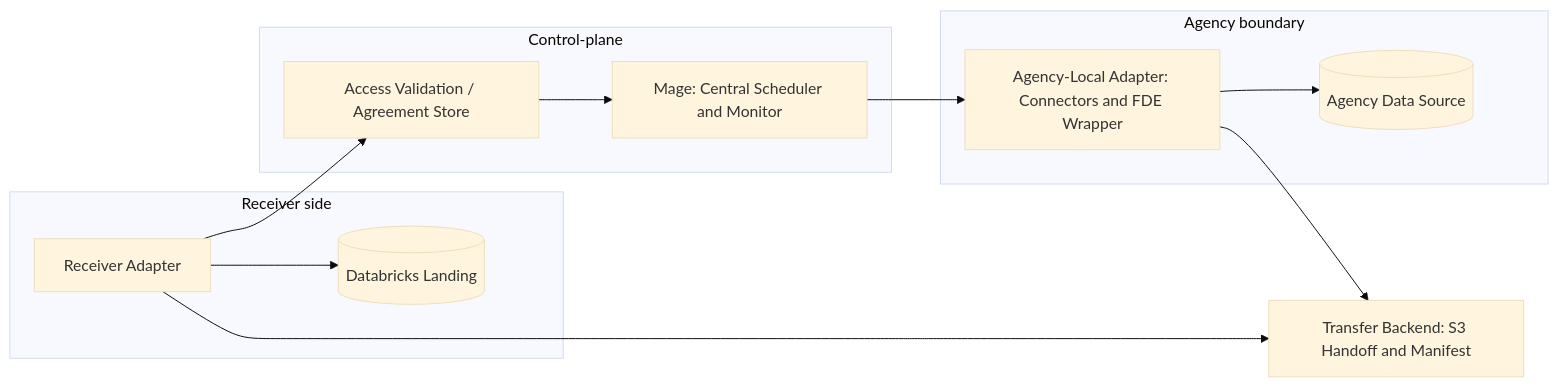
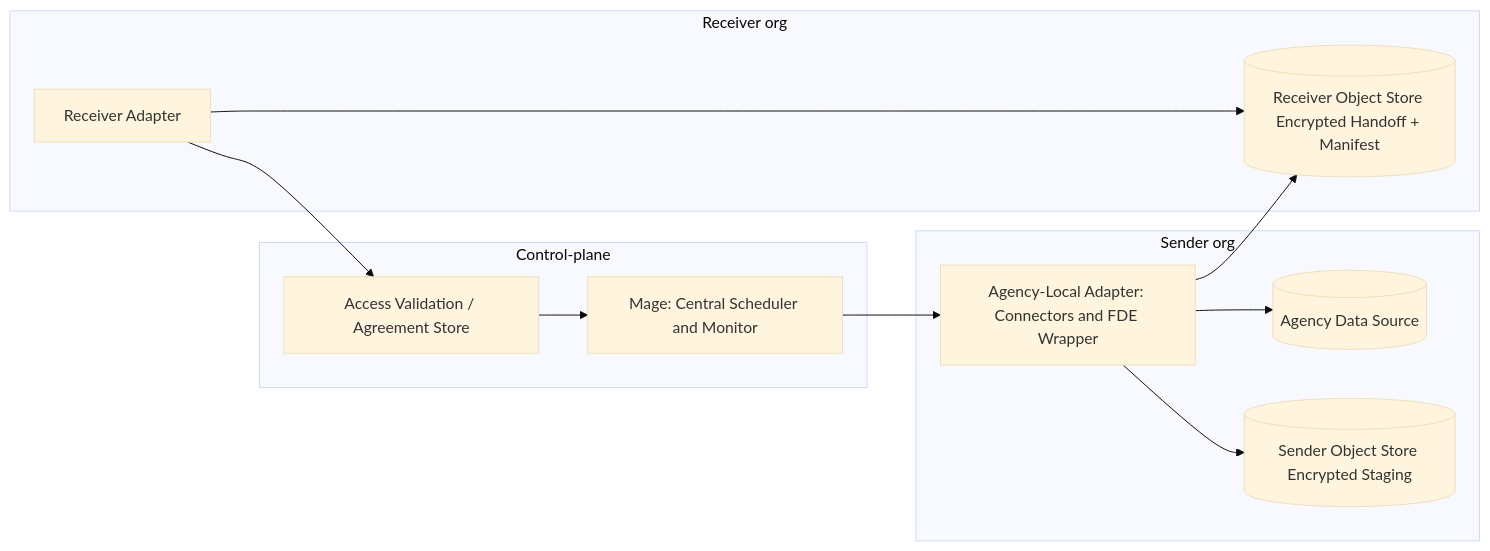
Before and after one commit to GSA-TTS/TTSE-Redwood: the sixth of 8 diagrams in docs/adr/0001-fde-architecture-diagrams.md, drawn with Mermaid (base theme). The commit also changed other lines of this file and 1 other file, not shown here.

First line of the commit message:
adr: simplify zero-trust transfer diagrams and align v0.02 text

````diff
--- a/docs/adr/0001-fde-architecture-diagrams.md
+++ b/docs/adr/0001-fde-architecture-diagrams.md
@@ -159,27 +176,26 @@
 ```mermaid
 flowchart LR
   subgraph ControlPlane[Control-plane]
     AV[Access Validation / Agreement Store]
     M["Mage: Central Scheduler and Monitor"]
   end
- 
-  subgraph AgencyBoundary[Agency boundary]
+
+  subgraph SenderOrg[Sender org]
     A["Agency-Local Adapter: Connectors and FDE Wrapper"]
     SRC[(Agency Data Source)]
+    SOS[(Sender Object Store Encrypted Staging)]
   end
- 
-  subgraph ReceiverSide[Receiver side]
+
+  subgraph ReceiverOrg[Receiver org]
     R[Receiver Adapter]
-    DBX[(Databricks Landing)]
+    ROS[(Receiver Object Store Encrypted Handoff + Manifest)]
   end
- 
-  T["Transfer Backend: S3 Handoff and Manifest"]
- 
+
   R --> AV
   AV --> M
   M --> A
   A --> SRC
-  A --> T
-  R --> T
-  R --> DBX
+  A --> SOS
+  A --> ROS
+  R --> ROS
 ```
````
